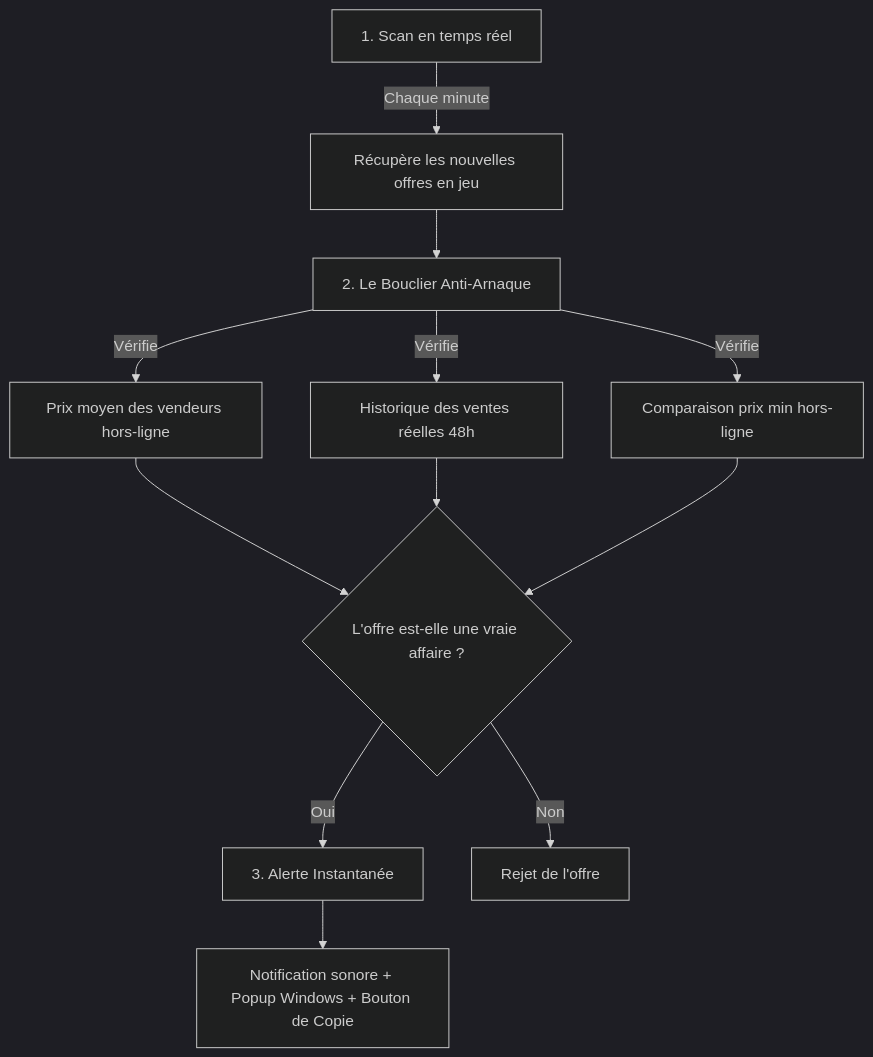
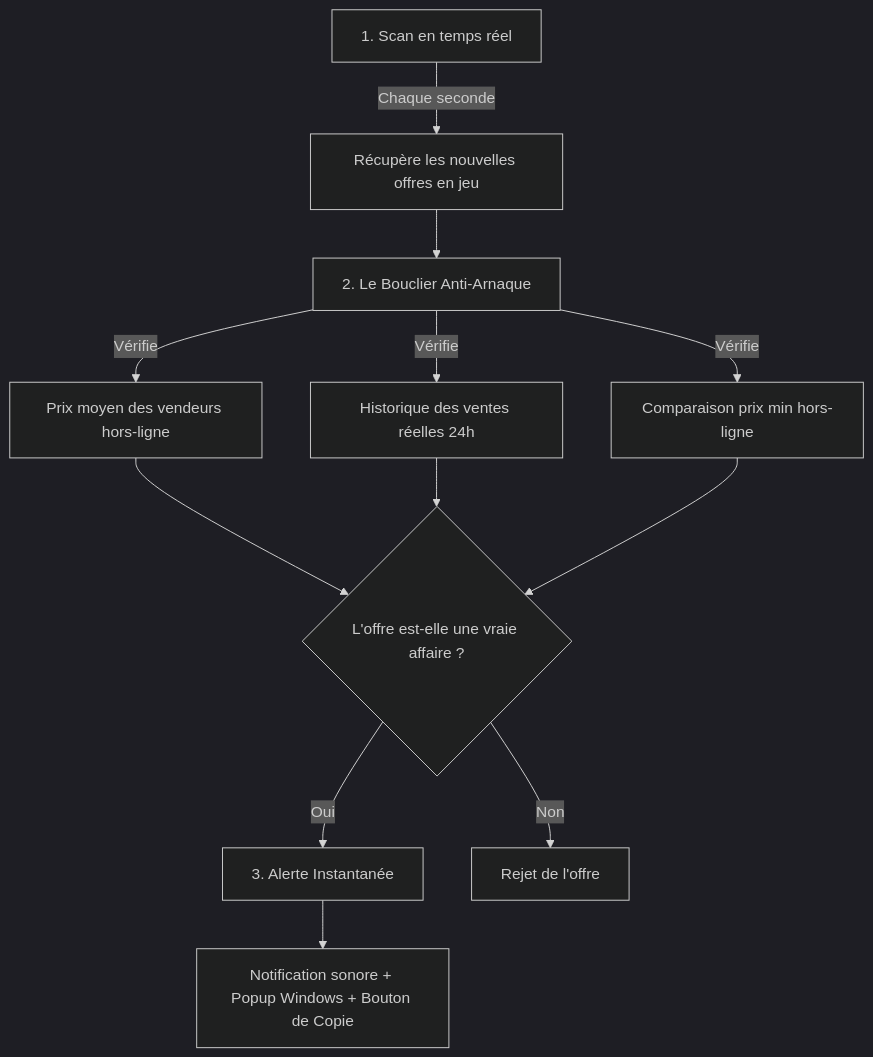
The diagram in README.md (Younsko/wise-borg), drawn with Mermaid (dark theme) before and after one commit. The commit also changed other lines of this file, not shown here.

````diff
--- a/README.md
+++ b/README.md
@@ -28,12 +28,12 @@
 ```mermaid
 graph TD
-    A[1. Scan en temps réel] -->|Chaque minute| B[Récupère les nouvelles offres en jeu]
+    A[1. Scan en temps réel] -->|Chaque seconde| B[Récupère les nouvelles offres en jeu]
     B --> C[2. Le Bouclier Anti-Arnaque]
     C -->|Vérifie| D[Prix moyen des vendeurs hors-ligne]
-    C -->|Vérifie| E[Historique des ventes réelles 48h]
+    C -->|Vérifie| E[Historique des ventes réelles 24h]
     C -->|Vérifie| F[Comparaison prix min hors-ligne]
     D & E & F --> G{L'offre est-elle une vraie affaire ?}
     G -->|Oui| H[3. Alerte Instantanée]
     G -->|Non| I[Rejet de l'offre]
     H --> J[Notification sonore + Popup Windows + Bouton de Copie]
 ```
````
